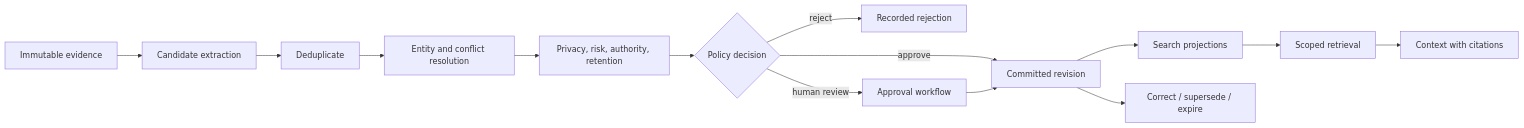
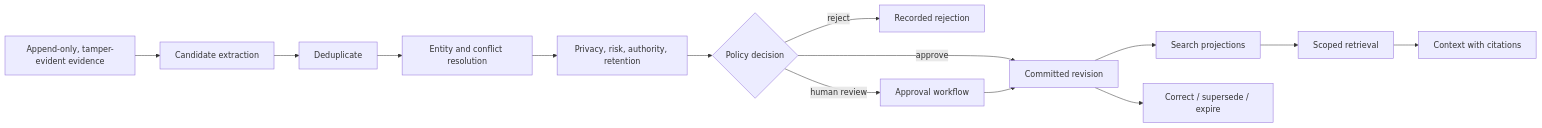
One commit to lamenting-hawthorn/governed-agent-harness changed the first of 2 diagrams in docs/MEMORY_AND_KNOWLEDGE.md. Above: the diagram before and after it, drawn with Mermaid. The commit also changed 4 other files, not shown here.

````diff
--- a/docs/MEMORY_AND_KNOWLEDGE.md
+++ b/docs/MEMORY_AND_KNOWLEDGE.md
@@ -19,16 +19,16 @@
 ```mermaid
 flowchart LR
-  Evidence["Immutable evidence"] --> Extract["Candidate extraction"]
+  Evidence["Append-only, tamper-evident evidence"] --> Extract["Candidate extraction"]
   Extract --> Dedupe["Deduplicate"]
   Dedupe --> Resolve["Entity and conflict resolution"]
   Resolve --> Classify["Privacy, risk, authority, retention"]
   Classify --> Decide{"Policy decision"}
   Decide -->|reject| Rejected["Recorded rejection"]
   Decide -->|approve| Commit["Committed revision"]
   Decide -->|human review| Approval["Approval workflow"]
   Approval --> Commit
   Commit --> Index["Search projections"]
   Index --> Retrieve["Scoped retrieval"]
   Retrieve --> Use["Context with citations"]
   Commit --> Supersede["Correct / supersede / expire"]
 ```
````
